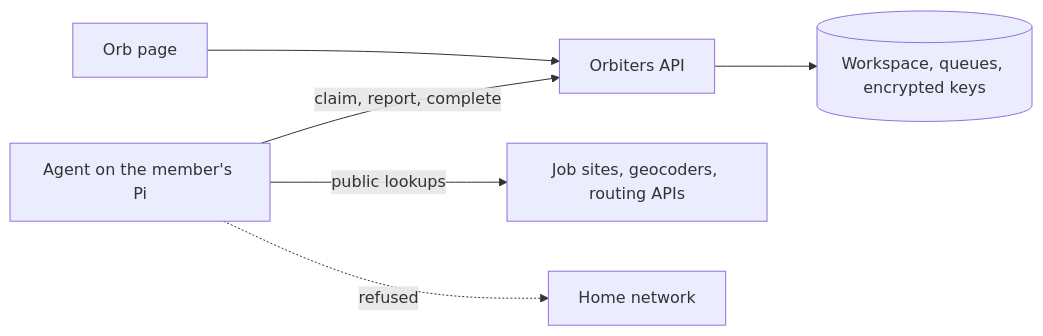
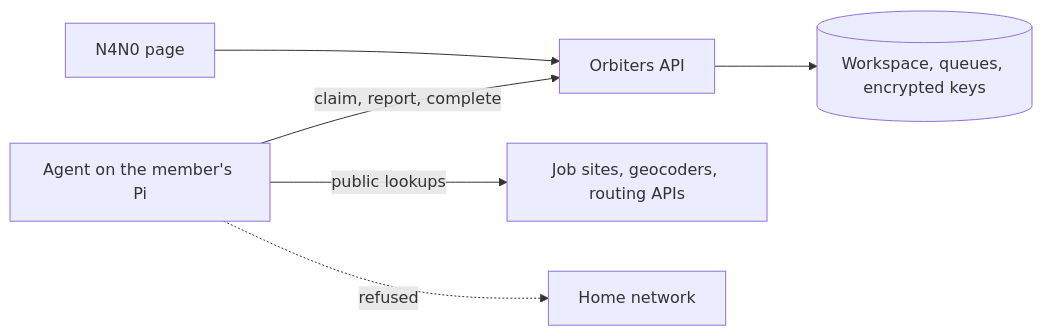
One commit to Orbiters-cc/Documentation changed the diagram in docs/decisions/0010-personal-agents-on-member-hardware.md. Above: the diagram before and after it, drawn with Mermaid. The commit also changed other lines of this file and 58 other files, not shown here.

````diff
--- a/docs/decisions/0010-personal-agents-on-member-hardware.md
+++ b/docs/decisions/0010-personal-agents-on-member-hardware.md
@@ -46,10 +46,10 @@
 ```mermaid
 flowchart LR
   accTitle: Personal agents on member hardware
-  accDescr: The Orb page and Orbiters keep data and keys; the Pi agent pulls tasks, calls the internet, and returns results.
-  orb[Orb page] --> api[Orbiters API]
+  accDescr: The N4N0 page and Orbiters keep data and keys; the Pi agent pulls tasks, calls the internet, and returns results.
+  orb[N4N0 page] --> api[Orbiters API]
   api --> db[(Workspace, queues, encrypted keys)]
   pi[Agent on the member's Pi] -- claim, report, complete --> api
   pi -- public lookups --> web[Job sites, geocoders, routing APIs]
   pi -. refused .-> lan[Home network]
 ```
````
